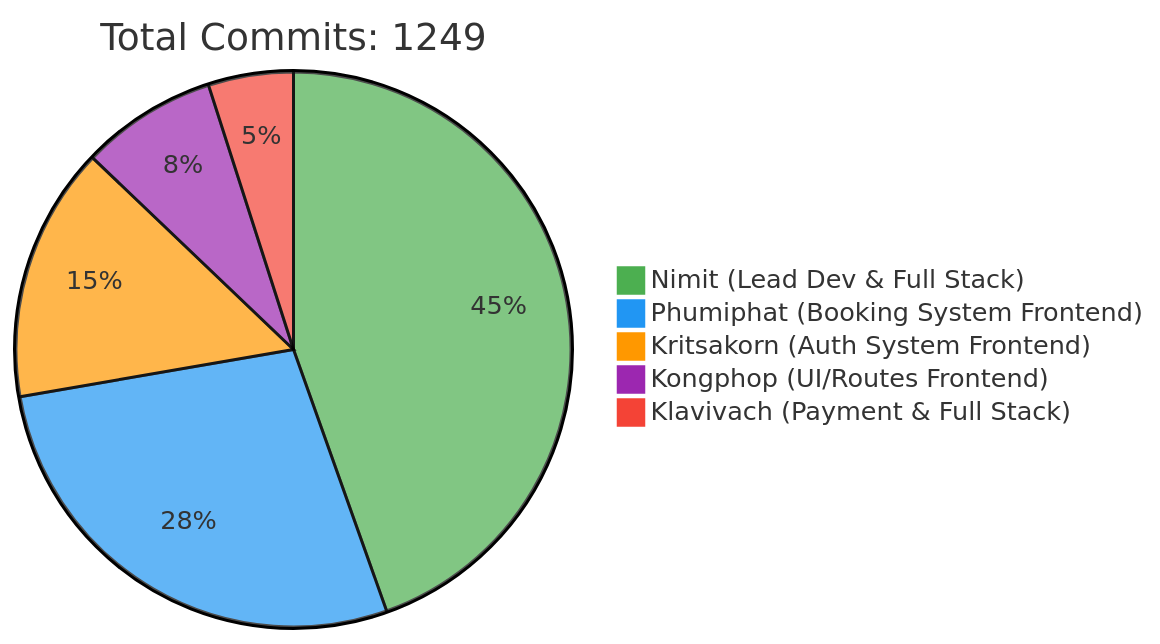
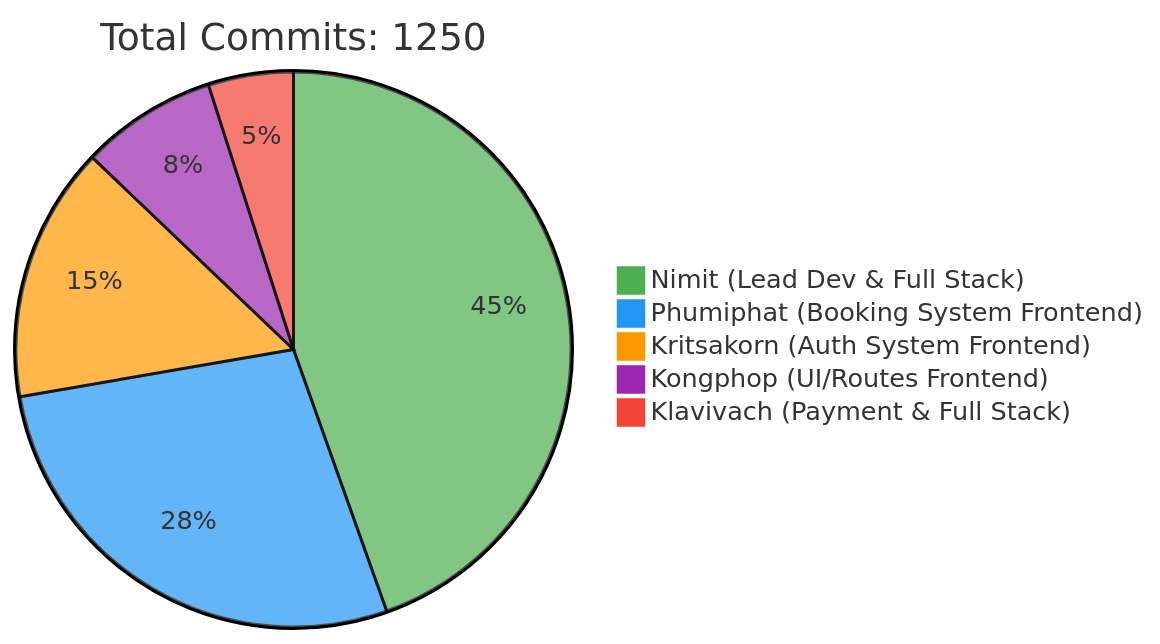
One commit to 6531503042/Sport-Complex changed the first of 2 diagrams in README.md. Above: the diagram before and after it, drawn with Mermaid. The commit also changed other lines of this file, not shown here.

Commit message:
docs: Update contributor statistics [skip ci]

````diff
--- a/README.md
+++ b/README.md
@@ -257,10 +257,10 @@
 ```mermaid
 %%{init: {'theme': 'base', 'themeVariables': { 'pie1': '#4CAF50', 'pie2': '#2196F3', 'pie3': '#FF9800', 'pie4': '#9C27B0', 'pie5': '#F44336'}}}%%
 pie
-    title Total Commits: 1249
+    title Total Commits: 1250
     "Nimit (Lead Dev & Full Stack)" : 450
     "Phumiphat (Booking System Frontend)" : 280
     "Kritsakorn (Auth System Frontend)" : 150
     "Kongphop (UI/Routes Frontend)" : 80
     "Klavivach (Payment & Full Stack)" : 50
 ```
````
